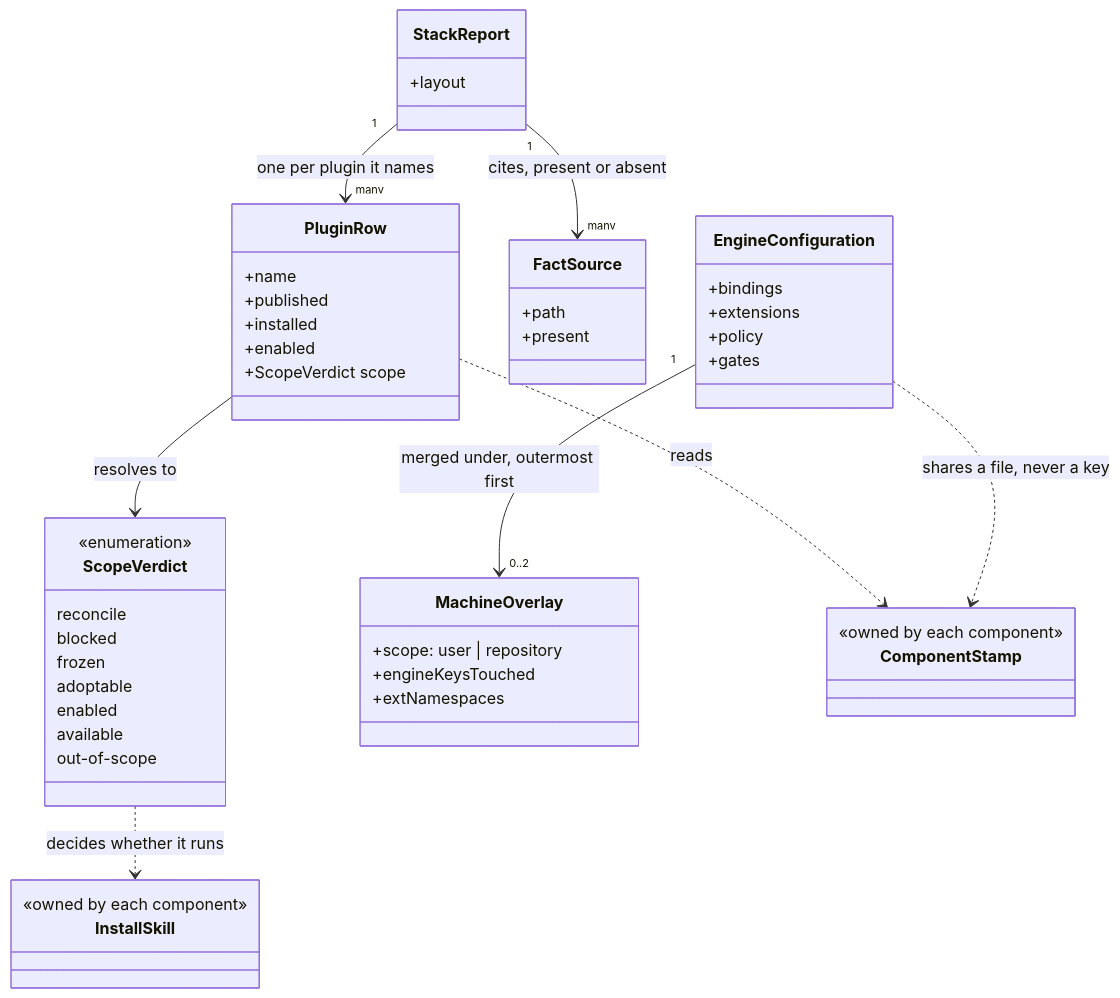
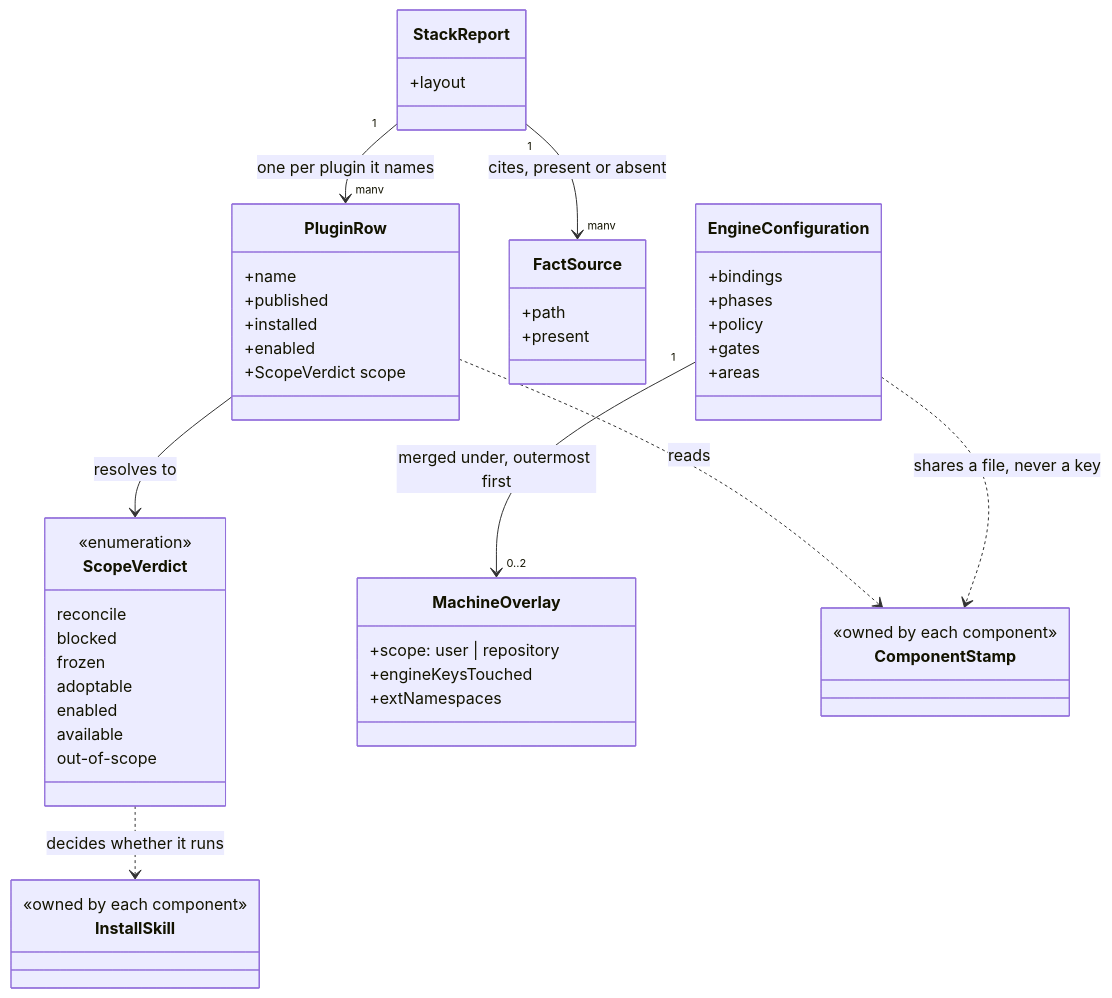
One commit to JSdotNet/ai-agent-stack changed the first of 3 diagrams in .devbook/arc42/building-blocks/devbook-config.md. Above: the diagram before and after it, drawn with Mermaid. The commit also changed other lines of this file and 10 other files, not shown here.

````diff
--- a/.devbook/arc42/building-blocks/devbook-config.md
+++ b/.devbook/arc42/building-blocks/devbook-config.md
@@ -175,52 +184,53 @@
 ```mermaid
 classDiagram
     class StackReport {
         +layout
     }
     class PluginRow {
         +name
         +published
         +installed
         +enabled
         +ScopeVerdict scope
     }
     class FactSource {
         +path
         +present
     }
     class ScopeVerdict {
         <<enumeration>>
         reconcile
         blocked
         frozen
         adoptable
         enabled
         available
         out-of-scope
     }
     class EngineConfiguration {
         +bindings
-        +extensions
+        +phases
         +policy
         +gates
+        +areas
     }
     class MachineOverlay {
         +scope: user | repository
         +engineKeysTouched
         +extNamespaces
     }
     class ComponentStamp {
         <<owned by each component>>
     }
     class InstallSkill {
         <<owned by each component>>
     }
 
     StackReport "1" --> "many" PluginRow : one per plugin it names
     StackReport "1" --> "many" FactSource : cites, present or absent
     PluginRow --> ScopeVerdict : resolves to
     PluginRow ..> ComponentStamp : reads
     EngineConfiguration "1" --> "0..2" MachineOverlay : merged under, outermost first
     EngineConfiguration ..> ComponentStamp : shares a file, never a key
     ScopeVerdict ..> InstallSkill : decides whether it runs
 ```
````
